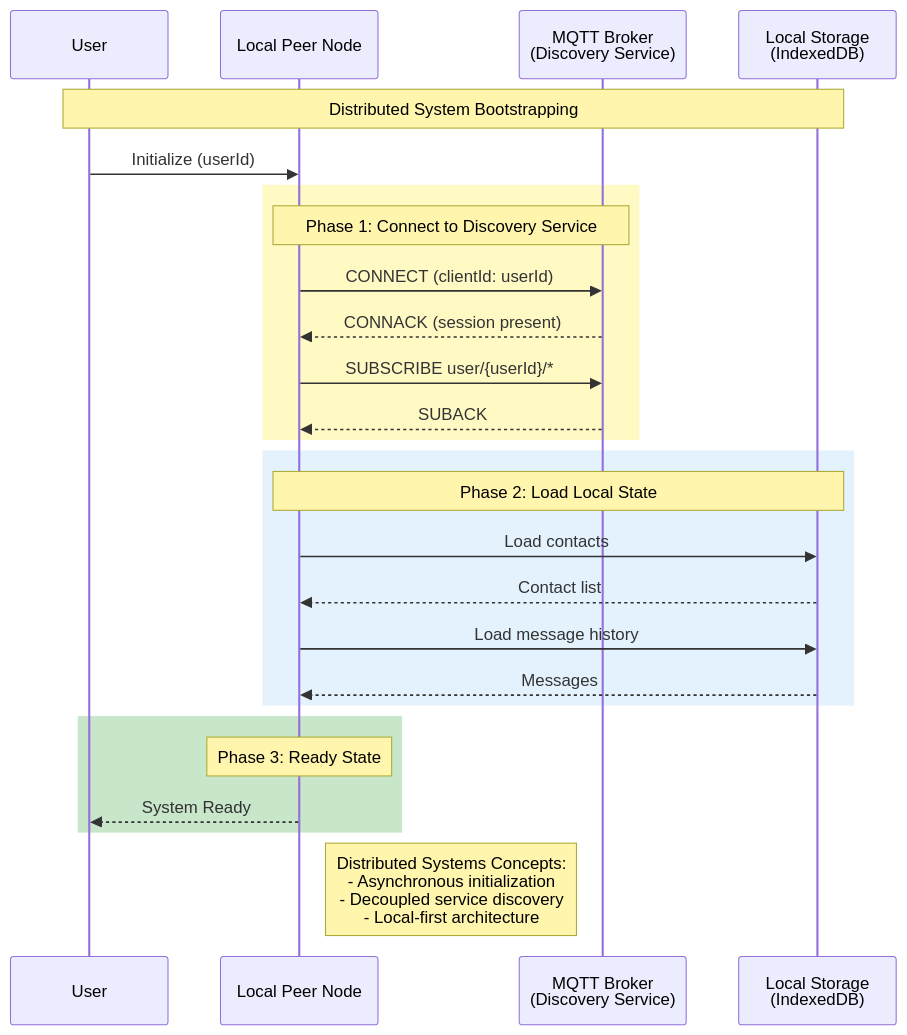
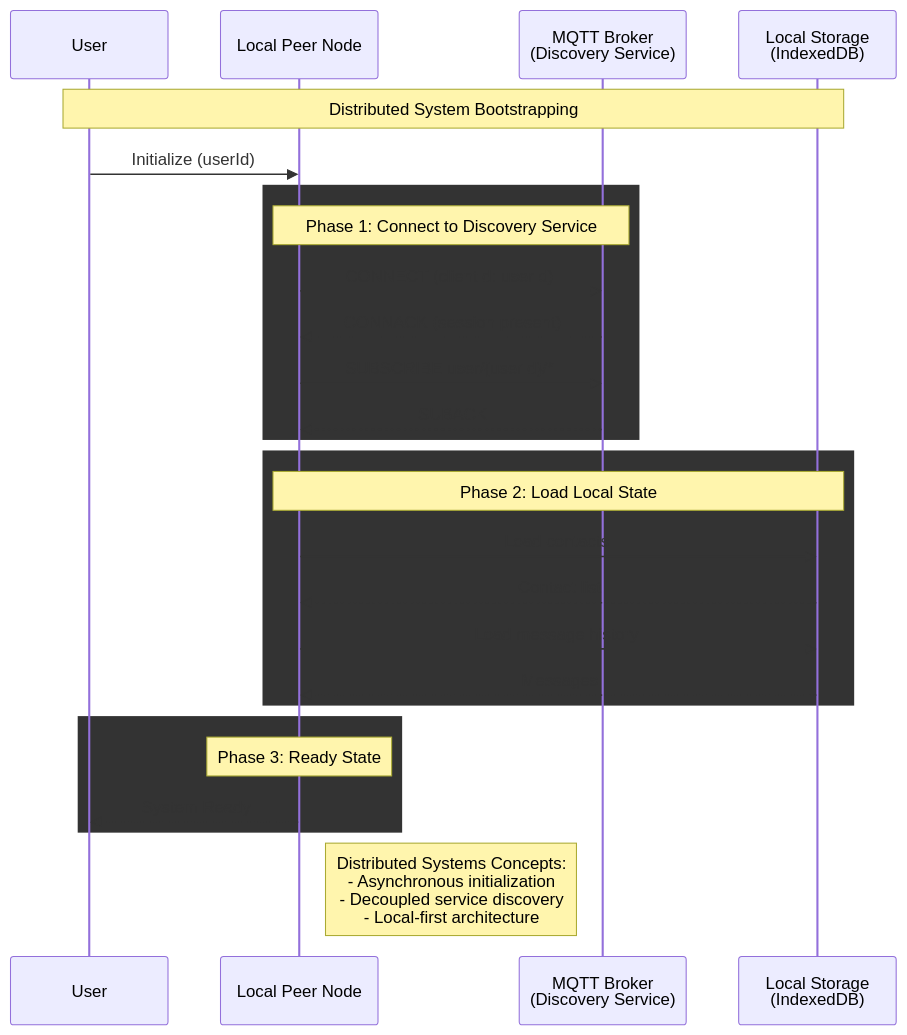
The first of 8 diagrams in docs/sequence-diagrams.md (amr-kasem/distributed-systems-react-chat-peer), drawn with Mermaid before and after one commit. The commit also changed other lines of this file and 7 other files, not shown here.

Commit message:
solved issues with diagrams

````diff
--- a/docs/sequence-diagrams.md
+++ b/docs/sequence-diagrams.md
@@ -13,34 +13,34 @@
 ```mermaid
 sequenceDiagram
     participant User
     participant LocalNode as Local Peer Node
     participant MQTT as MQTT Broker<br/>(Discovery Service)
     participant Storage as Local Storage<br/>(IndexedDB)
     
     Note over User,Storage: Distributed System Bootstrapping
     
     User->>LocalNode: Initialize (userId)
     
-    rect rgb(255, 249, 196)
+    rect rgb("255, 249, 196")
         Note over LocalNode,MQTT: Phase 1: Connect to Discovery Service
         LocalNode->>MQTT: CONNECT (clientId: userId)
         MQTT-->>LocalNode: CONNACK (session present)
         LocalNode->>MQTT: SUBSCRIBE user/{userId}/*
         MQTT-->>LocalNode: SUBACK
     end
     
-    rect rgb(227, 242, 253)
+    rect rgb("227, 242, 253")
         Note over LocalNode,Storage: Phase 2: Load Local State
         LocalNode->>Storage: Load contacts
         Storage-->>LocalNode: Contact list
         LocalNode->>Storage: Load message history
         Storage-->>LocalNode: Messages
     end
     
-    rect rgb(200, 230, 201)
+    rect rgb("200, 230, 201")
         Note over LocalNode: Phase 3: Ready State
         LocalNode-->>User: System Ready
     end
     
     Note right of LocalNode: Distributed Systems Concepts:<br/>- Asynchronous initialization<br/>- Decoupled service discovery<br/>- Local-first architecture
 ```
````
